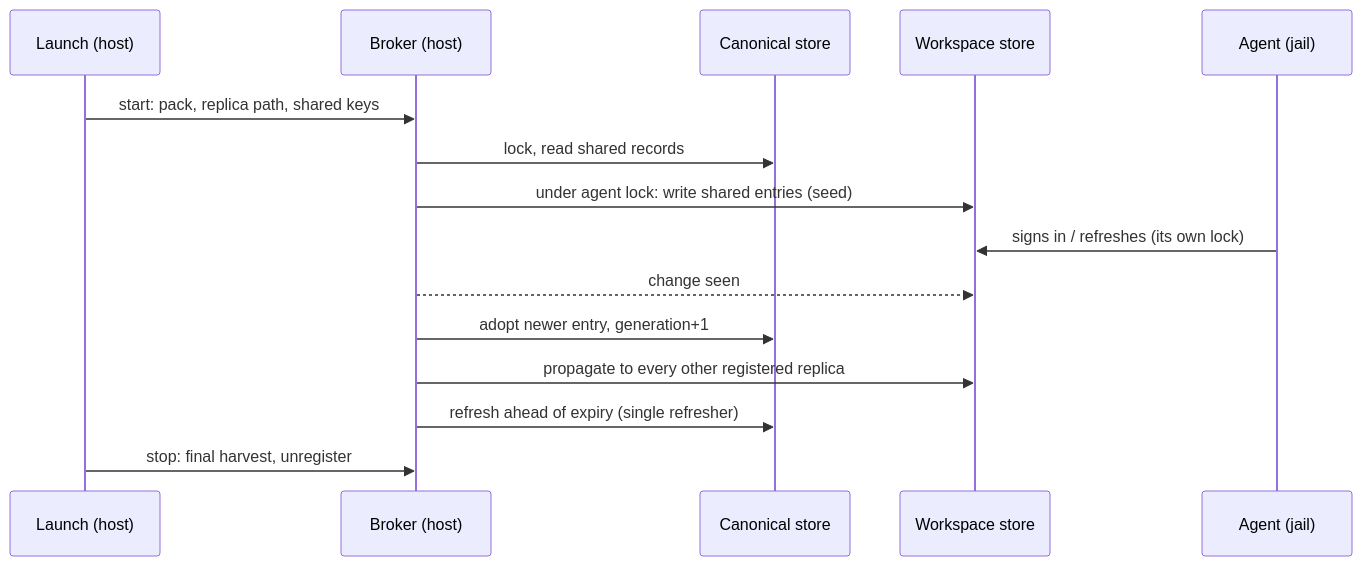
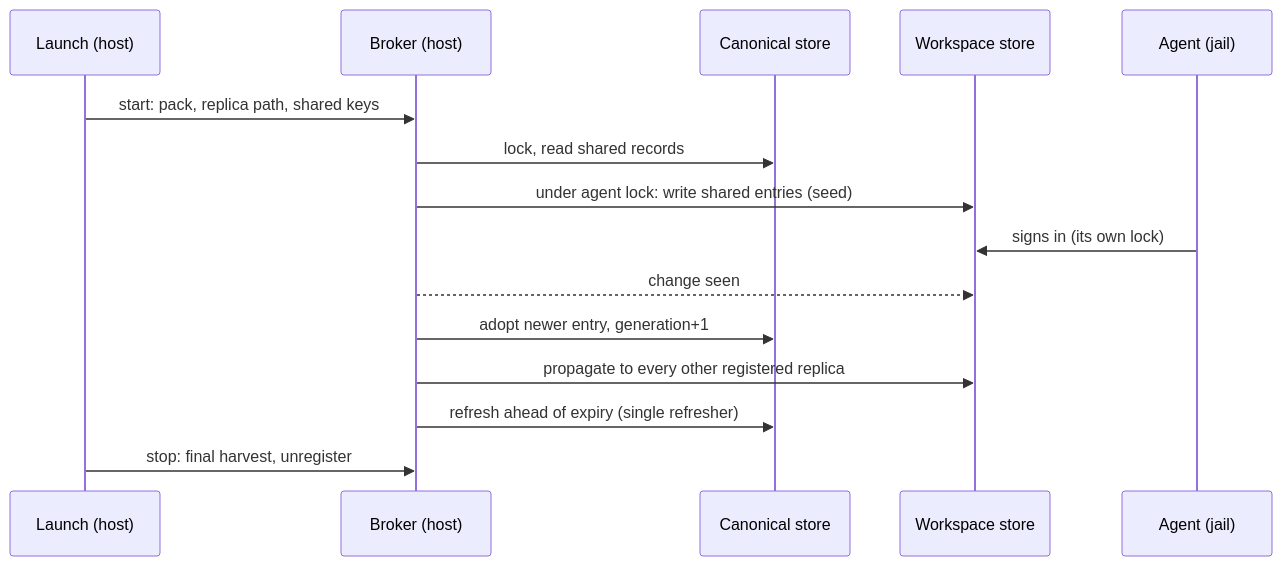
The diagram in docs/design/mcp-auth-sharing.md (mschulkind-oss/yolo-jail), drawn with Mermaid before and after one commit. The commit also changed other lines of this file, not shown here.

````diff
--- a/docs/design/mcp-auth-sharing.md
+++ b/docs/design/mcp-auth-sharing.md
@@ -271,17 +255,17 @@
 ```mermaid
 sequenceDiagram
     participant L as Launch (host)
     participant B as Broker (host)
     participant C as Canonical store
     participant R as Workspace store
     participant A as Agent (jail)
     L->>B: start: pack, replica path, shared keys
     B->>C: lock, read shared records
     B->>R: under agent lock: write shared entries (seed)
-    A->>R: signs in / refreshes (its own lock)
+    A->>R: signs in (its own lock)
     B-->>R: change seen
     B->>C: adopt newer entry, generation+1
     B->>R: propagate to every other registered replica
     B->>C: refresh ahead of expiry (single refresher)
     L->>B: stop: final harvest, unregister
 ```
````
